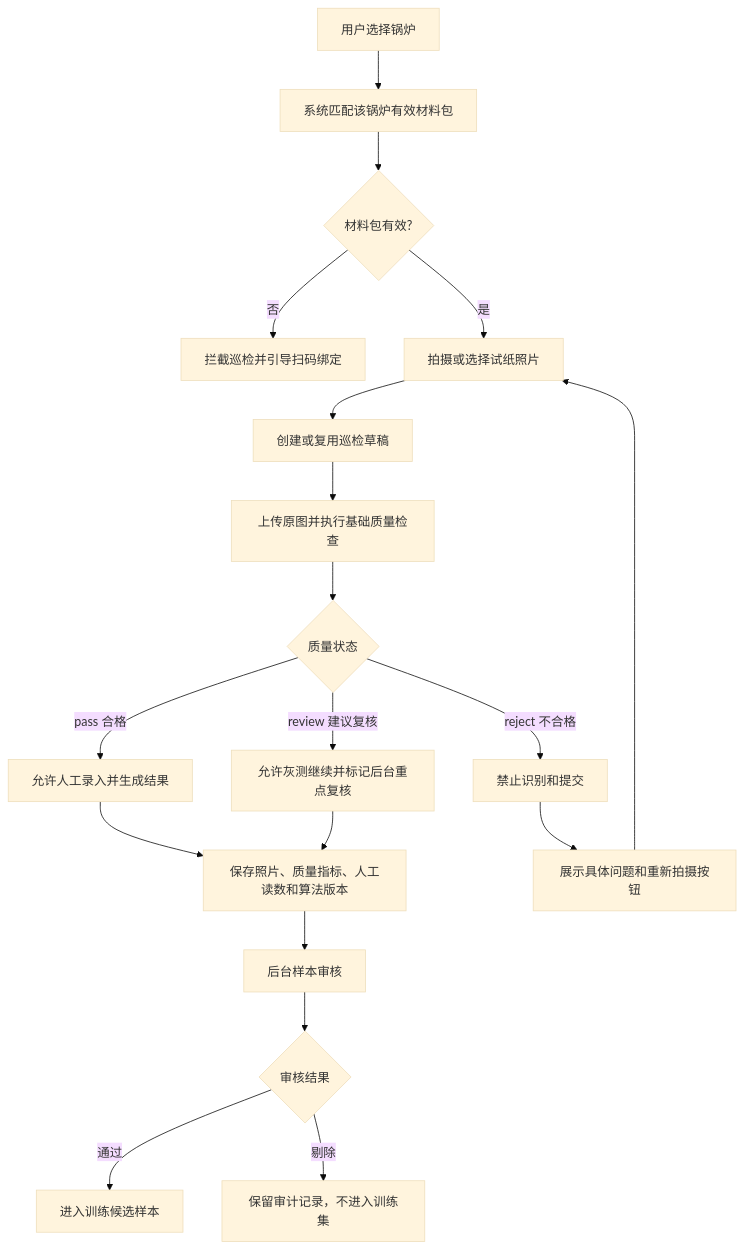
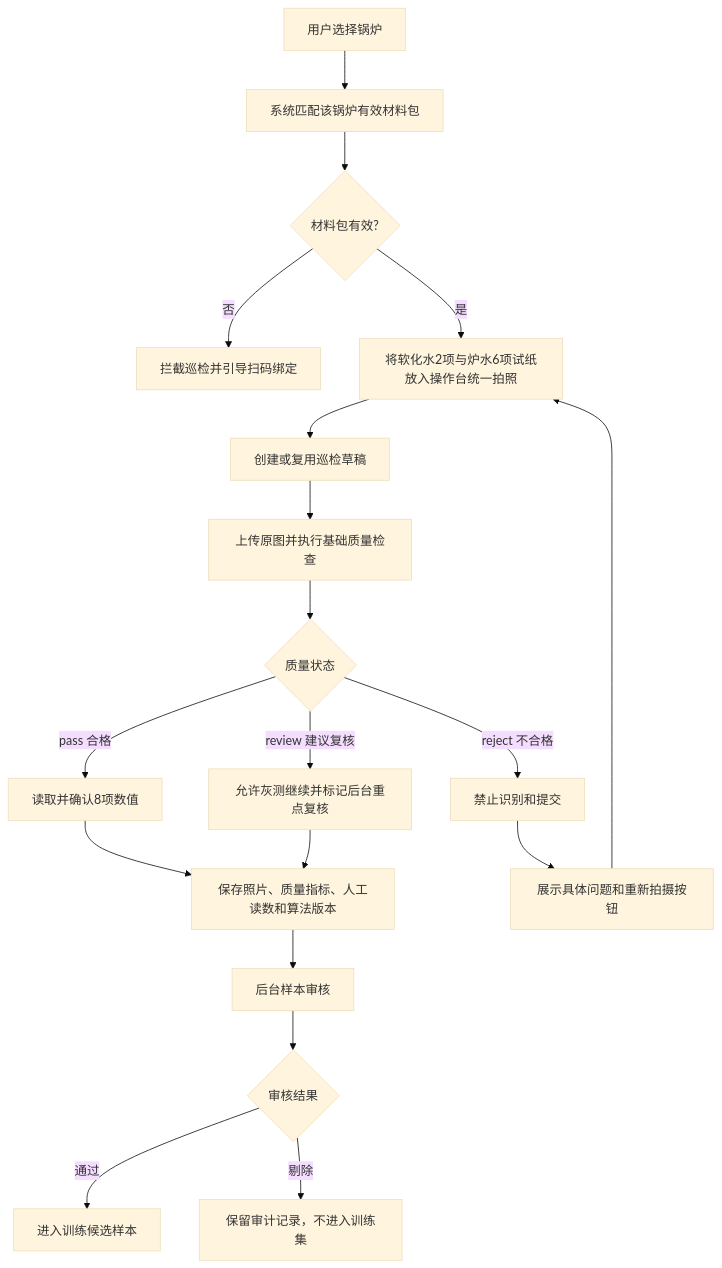
One commit to rulersummersea-gif/lubaobao changed the diagram in docs/照片质量检查与不合格拦截逻辑.md. Above: the diagram before and after it, drawn with Mermaid (base theme). The commit also changed other lines of this file and 29 other files, not shown here.

````diff
--- a/docs/照片质量检查与不合格拦截逻辑.md
+++ b/docs/照片质量检查与不合格拦截逻辑.md
@@ -17,21 +17,21 @@
 ```mermaid
 flowchart TD
     A["用户选择锅炉"] --> B["系统匹配该锅炉有效材料包"]
     B --> C{"材料包有效?"}
     C -- "否" --> D["拦截巡检并引导扫码绑定"]
-    C -- "是" --> E["拍摄或选择试纸照片"]
+    C -- "是" --> E["将软化水2项与炉水6项试纸放入操作台统一拍照"]
     E --> F["创建或复用巡检草稿"]
     F --> G["上传原图并执行基础质量检查"]
     G --> H{"质量状态"}
-    H -- "pass 合格" --> I["允许人工录入并生成结果"]
+    H -- "pass 合格" --> I["读取并确认8项数值"]
     H -- "review 建议复核" --> J["允许灰测继续并标记后台重点复核"]
     H -- "reject 不合格" --> K["禁止识别和提交"]
     K --> L["展示具体问题和重新拍摄按钮"]
     L --> E
     I --> M["保存照片、质量指标、人工读数和算法版本"]
     J --> M
     M --> N["后台样本审核"]
     N --> O{"审核结果"}
     O -- "通过" --> P["进入训练候选样本"]
     O -- "剔除" --> Q["保留审计记录，不进入训练集"]
 ```
````
